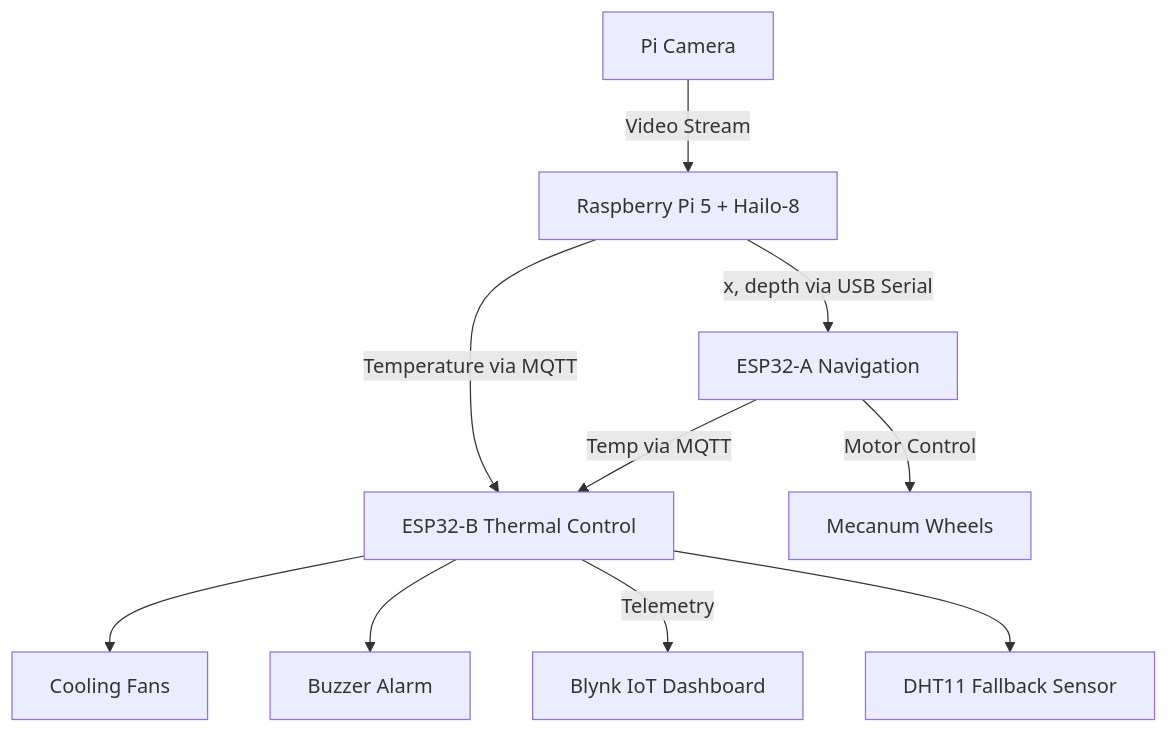
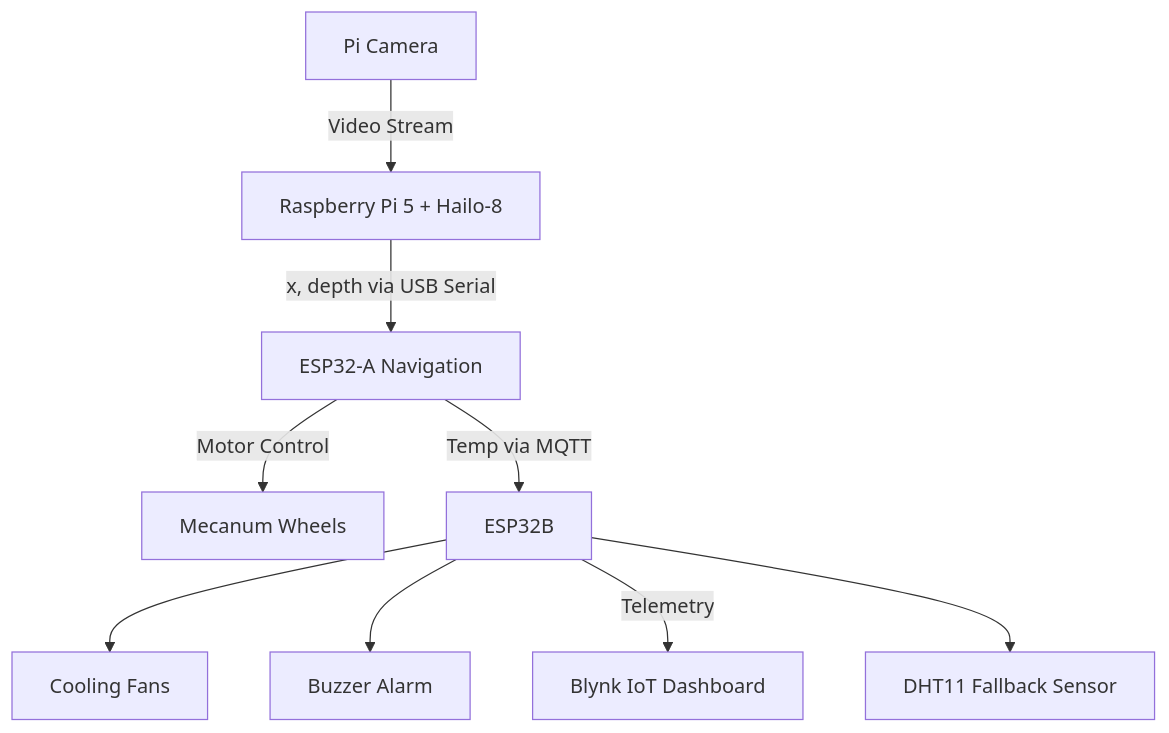
Before and after one commit to DurraniHakim27/Autonomous-Navigation-IoT-Robot-with-Vision-Thermal-Sensing-and-Control: the diagram in README.md, drawn with Mermaid.

````diff
--- a/README.md
+++ b/README.md
@@ -13,12 +13,11 @@
 ```mermaid
 flowchart TD
     Camera[Pi Camera] -->|Video Stream| Pi[Raspberry Pi 5 + Hailo-8]
     Pi -->|x, depth via USB Serial| ESP32A[ESP32-A Navigation]
-    Pi -->|Temperature via MQTT| ESP32B[ESP32-B Thermal Control]
     ESP32A -->|Motor Control| Wheels[Mecanum Wheels]
     ESP32A -->|Temp via MQTT| ESP32B
     ESP32B --> Fan[Cooling Fans]
     ESP32B --> Buzzer[Buzzer Alarm]
     ESP32B -->|Telemetry| Blynk[Blynk IoT Dashboard]
     ESP32B --> DHT11[DHT11 Fallback Sensor]
 ```
````
